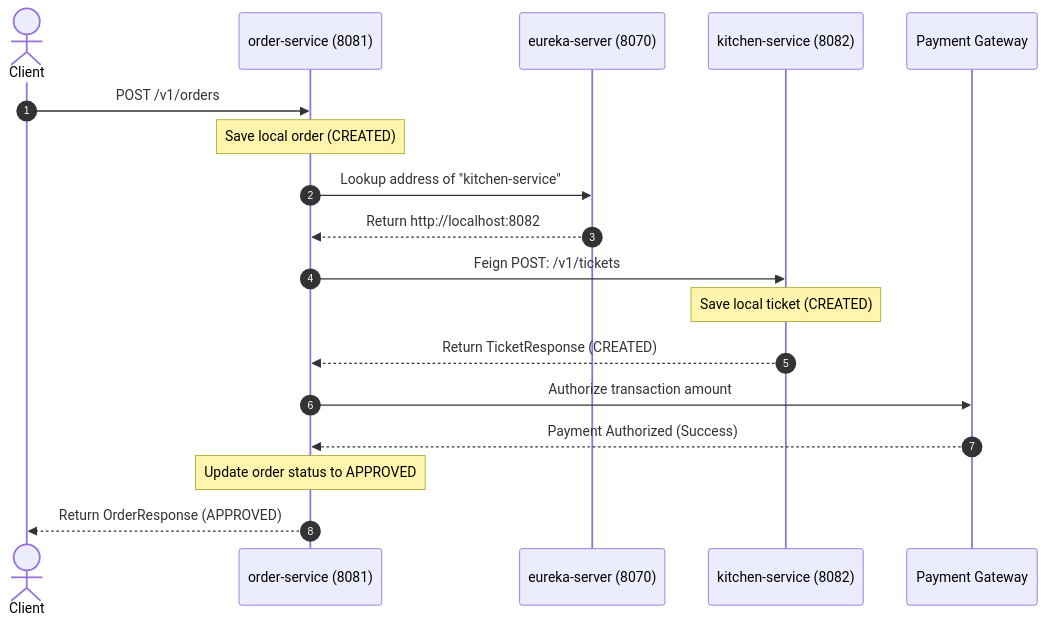
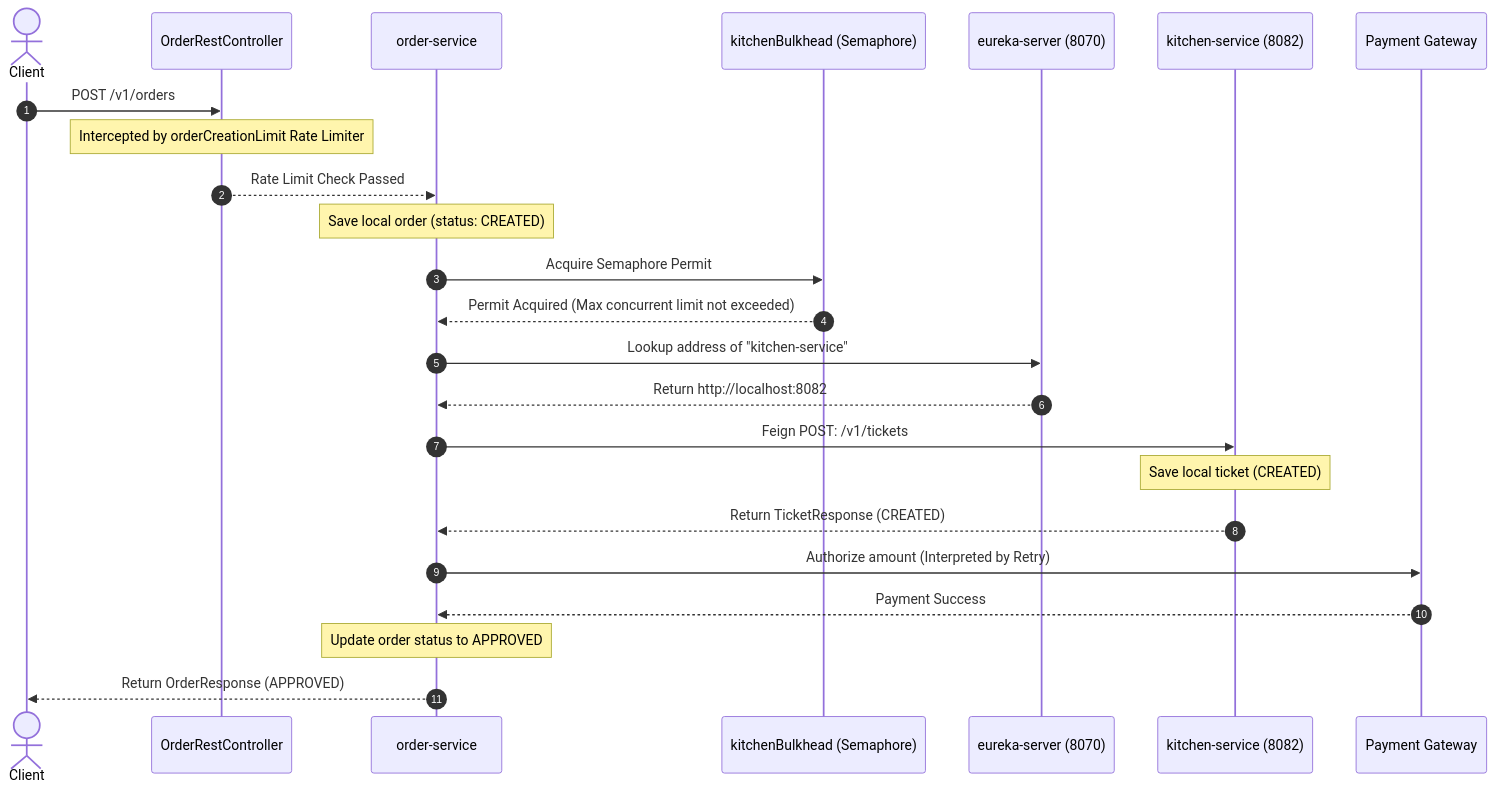
One commit to BaoTo12/ftgo-microservices changed the fourth of 6 diagrams in FLOWS.md. Above: the diagram before and after it, drawn with Mermaid. The commit also changed other lines of this file and 12 other files, not shown here.

Commit message:
ref: add circuit breaker for calling kitchen to create ticket in create order API

````diff
--- a/FLOWS.md
+++ b/FLOWS.md
@@ -174,25 +181,33 @@
 ```mermaid
 sequenceDiagram
     autonumber
     actor Client
-    participant Order as order-service (8081)
+    participant Controller as OrderRestController
+    participant Order as order-service
+    participant Bulkhead as kitchenBulkhead (Semaphore)
     participant Eureka as eureka-server (8070)
     participant Kitchen as kitchen-service (8082)
     participant Payment as Payment Gateway
 
-    Client->>Order: POST /v1/orders
-    Note over Order: Save local order (CREATED)
+    Client->>Controller: POST /v1/orders
+    Note over Controller: Intercepted by orderCreationLimit Rate Limiter
+    Controller-->>Order: Rate Limit Check Passed
+    
+    Note over Order: Save local order (status: CREATED)
+    
+    Order->>Bulkhead: Acquire Semaphore Permit
+    Bulkhead-->>Order: Permit Acquired (Max concurrent limit not exceeded)
     
     Order->>Eureka: Lookup address of "kitchen-service"
     Eureka-->>Order: Return http://localhost:8082
     
     Order->>Kitchen: Feign POST: /v1/tickets
     Note over Kitchen: Save local ticket (CREATED)
     Kitchen-->>Order: Return TicketResponse (CREATED)
     
-    Order->>Payment: Authorize transaction amount
-    Payment-->>Order: Payment Authorized (Success)
+    Order->>Payment: Authorize amount (Interpreted by Retry)
+    Payment-->>Order: Payment Success
     
     Note over Order: Update order status to APPROVED
     Order-->>Client: Return OrderResponse (APPROVED)
 ```
````
